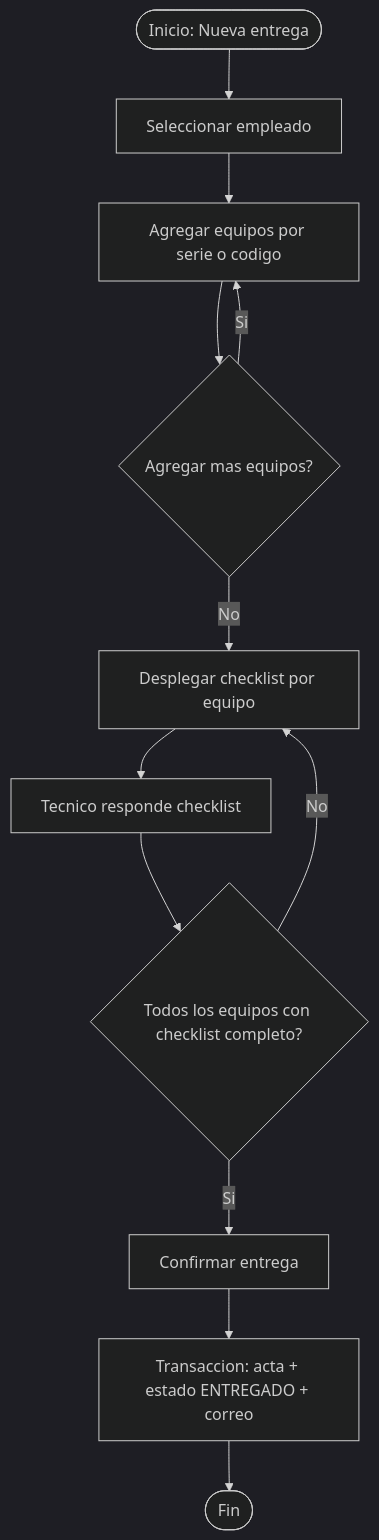
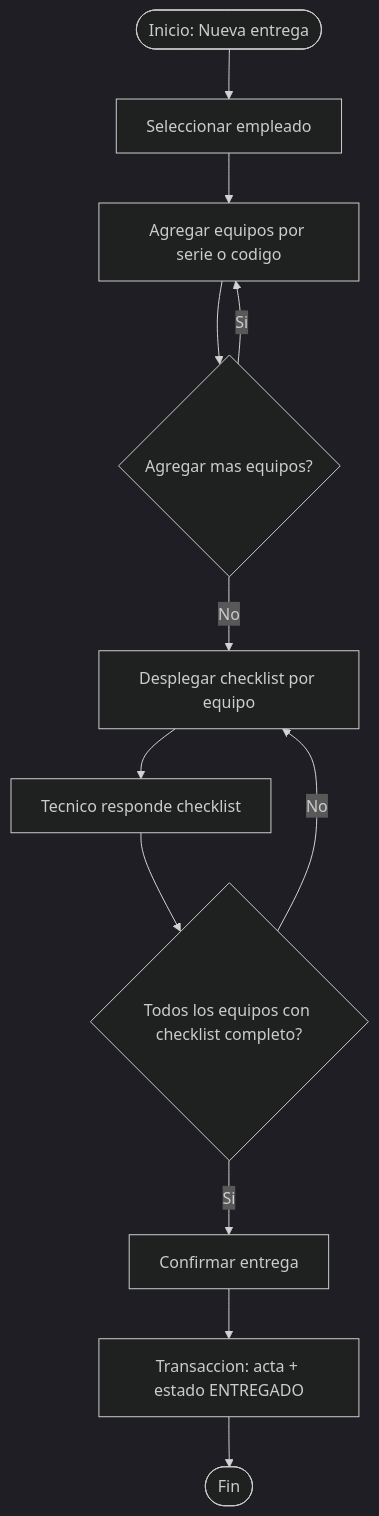
The first of 5 diagrams in docs/architecture.md (Kaito740/EquipManager), drawn with Mermaid (dark theme) before and after one commit. The commit also changed other lines of this file and 5 other files, not shown here.

````diff
--- a/docs/architecture.md
+++ b/docs/architecture.md
@@ -15,14 +15,14 @@
 ```mermaid
 flowchart TD
     A([Inicio: Nueva entrega]) --> B[Seleccionar empleado]
     B --> C[Agregar equipos por serie o codigo]
     C --> D{Agregar mas equipos?}
     D -->|Si| C
     D -->|No| E[Desplegar checklist por equipo]
     E --> F[Tecnico responde checklist]
     F --> G{Todos los equipos con checklist completo?}
     G -->|No| E
     G -->|Si| H[Confirmar entrega]
-    H --> I[Transaccion: acta + estado ENTREGADO + correo]
+    H --> I[Transaccion: acta + estado ENTREGADO]
     I --> J([Fin])
 ```
````
